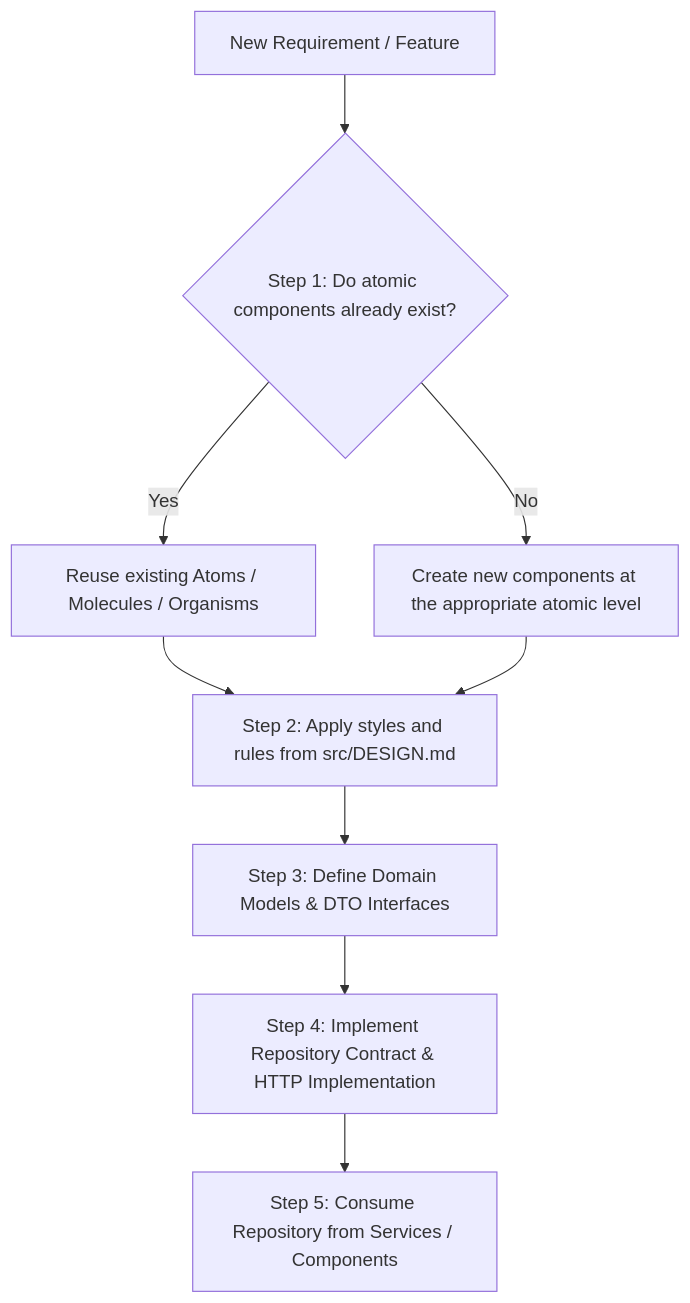
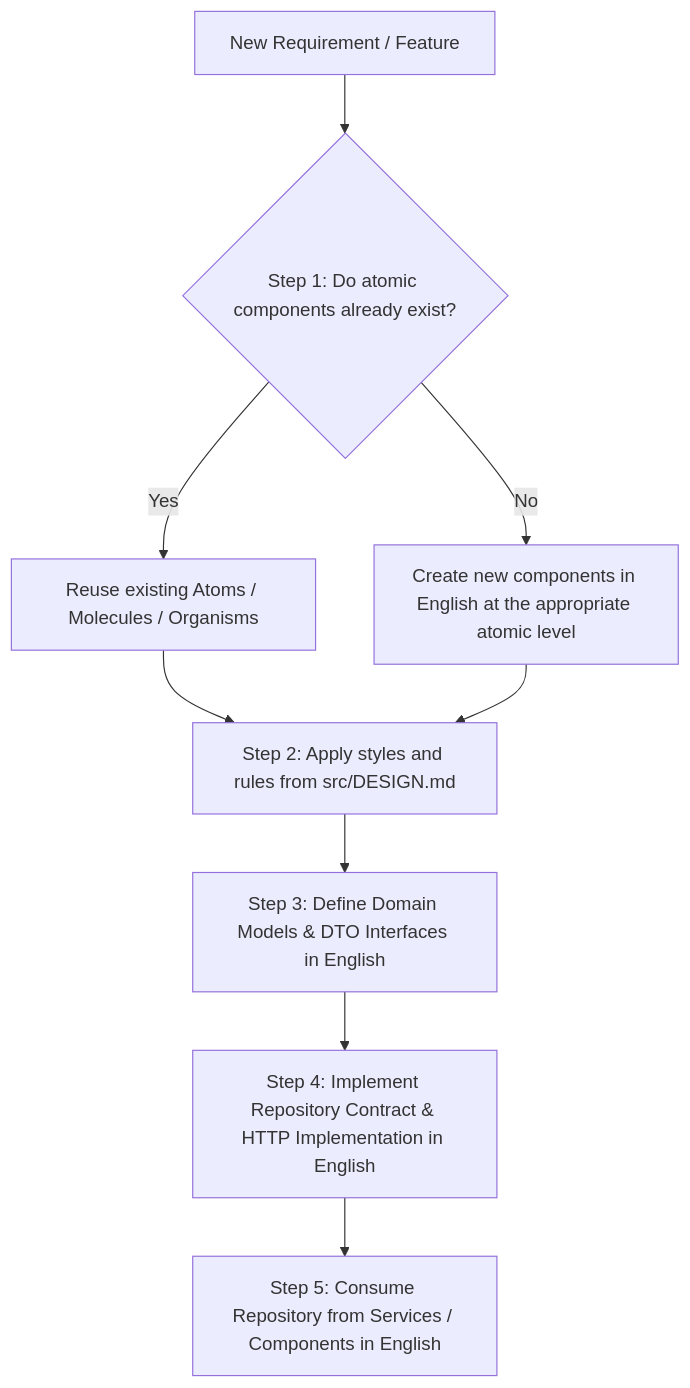
The diagram in GUIDELINES.md (jeimancabarcas/front-pol-management-tools), drawn with Mermaid before and after one commit. The commit also changed other lines of this file and 18 other files, not shown here.

````diff
--- a/GUIDELINES.md
+++ b/GUIDELINES.md
@@ -14,11 +15,11 @@
 ```mermaid
 flowchart TD
     A[New Requirement / Feature] --> B{Step 1: Do atomic components already exist?}
     B -- Yes --> C[Reuse existing Atoms / Molecules / Organisms]
-    B -- No --> D[Create new components at the appropriate atomic level]
+    B -- No --> D[Create new components in English at the appropriate atomic level]
     C --> E[Step 2: Apply styles and rules from src/DESIGN.md]
     D --> E
-    E --> F[Step 3: Define Domain Models & DTO Interfaces]
-    F --> G[Step 4: Implement Repository Contract & HTTP Implementation]
-    G --> H[Step 5: Consume Repository from Services / Components]
+    E --> F[Step 3: Define Domain Models & DTO Interfaces in English]
+    F --> G[Step 4: Implement Repository Contract & HTTP Implementation in English]
+    G --> H[Step 5: Consume Repository from Services / Components in English]
 ```
````
